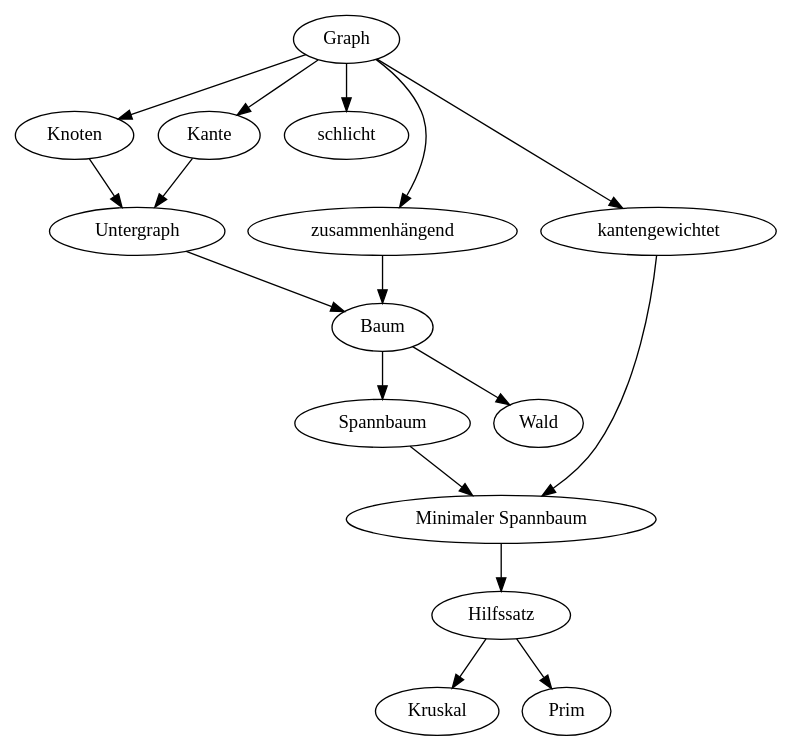
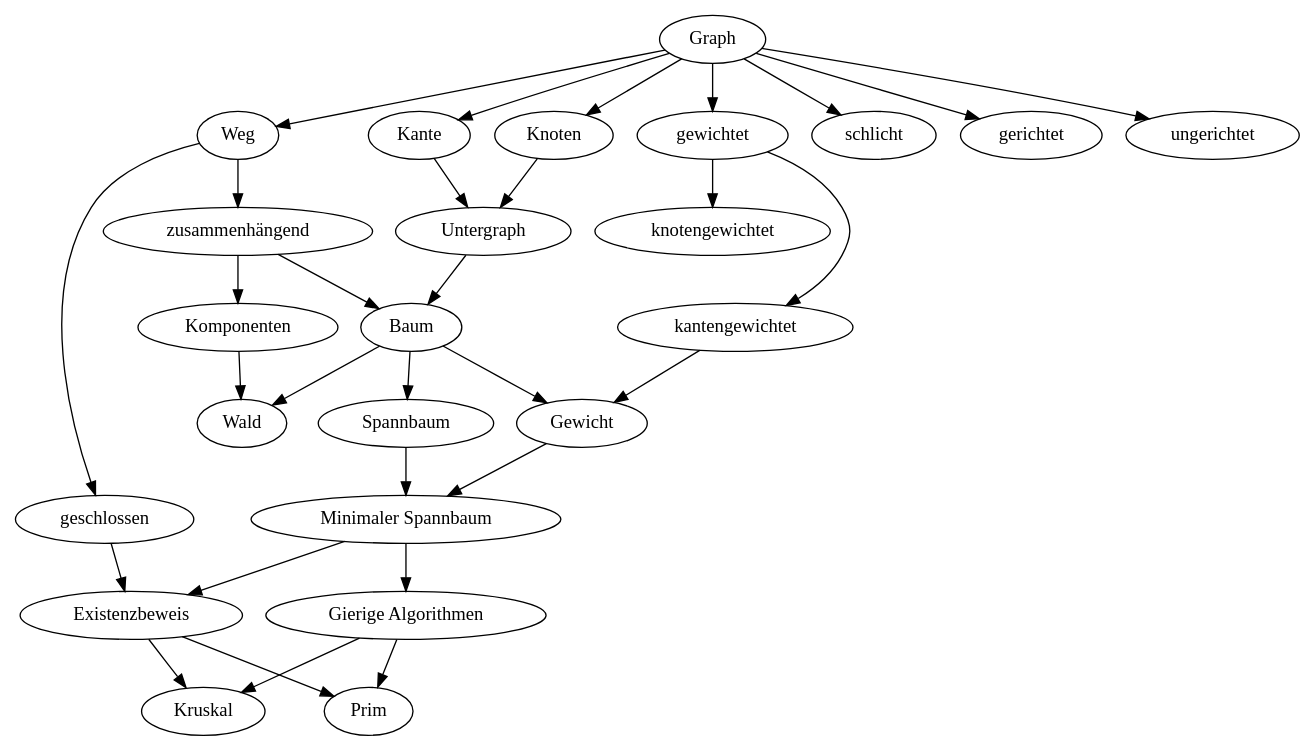
Before and after one commit to microtherion/FD1_HS13_U1_GKMN: the diagram in graph/Lernziele.dot, drawn with Graphviz.

Commit message:
Ergänzung Konzepte

```diff
--- a/graph/Lernziele.dot
+++ b/graph/Lernziele.dot
@@ -1,18 +1,34 @@
 digraph C {
 	"Graph" -> "Knoten";
 	"Graph" -> "Kante";
 	"Graph" -> "schlicht";
-	"Graph" -> "zusammenhängend";
+	"Graph" -> "gerichtet";
+	"Graph" -> "ungerichtet";
+	"Graph" -> "Weg";
+	"Weg" -> "zusammenhängend";
+	"Weg" -> "geschlossen";
+	"zusammenhängend" -> "Komponenten";	
 	"zusammenhängend" -> "Baum";
-	"Graph" -> "kantengewichtet";
+	"Graph" -> "gewichtet";
+	"gewichtet" -> "knotengewichtet";
+	"gewichtet" -> "kantengewichtet";
 	"Knoten" -> "Untergraph";
 	"Kante" -> "Untergraph";
 	"Untergraph" -> "Baum";
 	"Baum" -> "Spannbaum";
 	"Baum" -> "Wald";
+	"Komponenten" -> "Wald";
+	"Baum" -> "Gewicht";
+	"Gewicht" -> "Minimaler Spannbaum";
 	"Spannbaum" -> "Minimaler Spannbaum";
-	"kantengewichtet" -> "Minimaler Spannbaum";
+	"kantengewichtet" -> "Gewicht";
 	"Minimaler Spannbaum" -> "Hilfssatz";
+	"geschlossen" -> "Hilfssatz";
+	"Hilfssatz" [label="Existenzbeweis"];
+	"Minimaler Spannbaum" -> "gierig";
+	"gierig" [label="Gierige Algorithmen"];
+	"gierig" -> "Kruskal";
+	"gierig" -> "Prim";
 	"Hilfssatz" -> "Kruskal";
 	"Hilfssatz" -> "Prim";
 }
```
